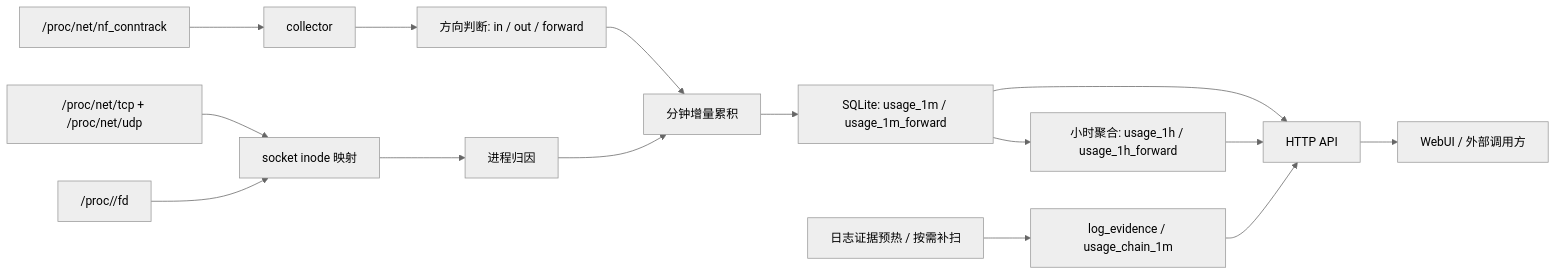
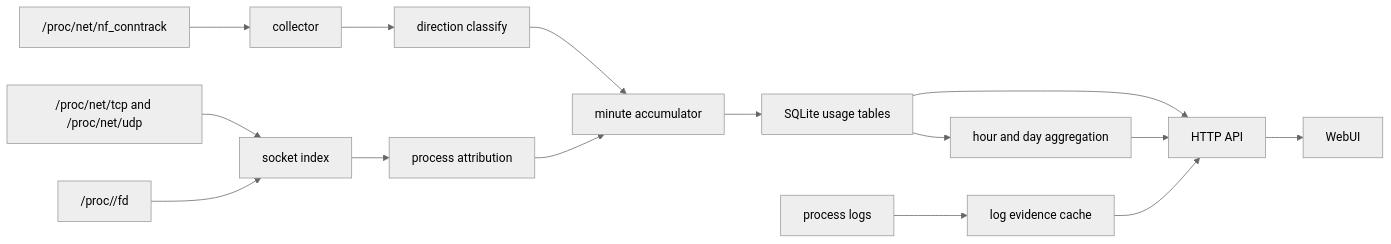
One commit to SukiYume/traffic-go changed the diagram in README.md. Above: the diagram before and after it, drawn with Mermaid (neutral theme). The commit also changed other lines of this file and 29 other files, not shown here.

````diff
--- a/README.md
+++ b/README.md
@@ -40,17 +21,17 @@
 ```mermaid
 flowchart LR
     A["/proc/net/nf_conntrack"] --> B["collector"]
-    C["/proc/net/tcp + /proc/net/udp"] --> D["socket inode 映射"]
+    C["/proc/net/tcp and /proc/net/udp"] --> D["socket index"]
     E["/proc/<pid>/fd"] --> D
-    B --> F["方向判断: in / out / forward"]
-    D --> G["进程归因"]
-    F --> H["分钟增量累积"]
+    B --> F["direction classify"]
+    D --> G["process attribution"]
+    F --> H["minute accumulator"]
     G --> H
-    H --> I["SQLite: usage_1m / usage_1m_forward"]
-    I --> J["小时聚合: usage_1h / usage_1h_forward"]
-    K["日志证据预热 / 按需补扫"] --> L["log_evidence / usage_chain_1m"]
+    H --> I["SQLite usage tables"]
+    I --> J["hour and day aggregation"]
+    K["process logs"] --> L["log evidence cache"]
     I --> M["HTTP API"]
     J --> M
     L --> M
-    M --> N["WebUI / 外部调用方"]
+    M --> N["WebUI"]
 ```
````
